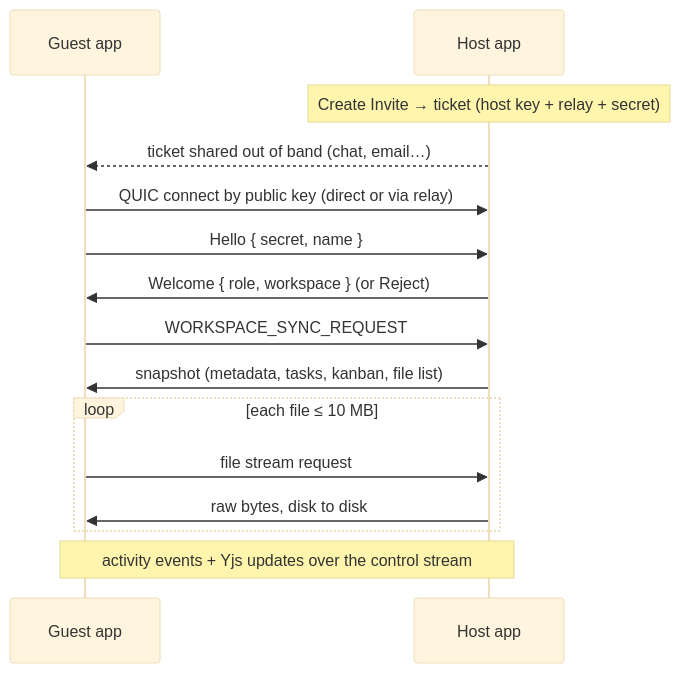
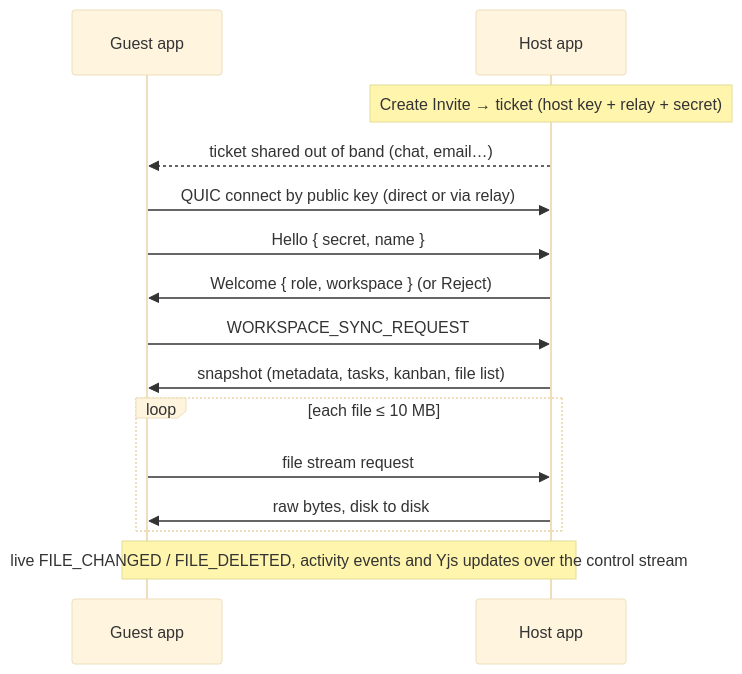
The diagram in README.md (yashparab17/nexsync), drawn with Mermaid (base theme) before and after one commit. The commit also changed other lines of this file and 13 other files, not shown here.

````diff
--- a/README.md
+++ b/README.md
@@ -27,17 +28,17 @@
 ```mermaid
 sequenceDiagram
     participant G as Guest app
     participant H as Host app
     Note over H: Create Invite → ticket (host key + relay + secret)
     H-->>G: ticket shared out of band (chat, email…)
     G->>H: QUIC connect by public key (direct or via relay)
     G->>H: Hello { secret, name }
     H->>G: Welcome { role, workspace } (or Reject)
     G->>H: WORKSPACE_SYNC_REQUEST
     H->>G: snapshot (metadata, tasks, kanban, file list)
     loop each file ≤ 10 MB
         G->>H: file stream request
         H->>G: raw bytes, disk to disk
     end
-    Note over G,H: activity events + Yjs updates over the control stream
+    Note over G,H: live FILE_CHANGED / FILE_DELETED, activity events and Yjs updates over the control stream
 ```
````
